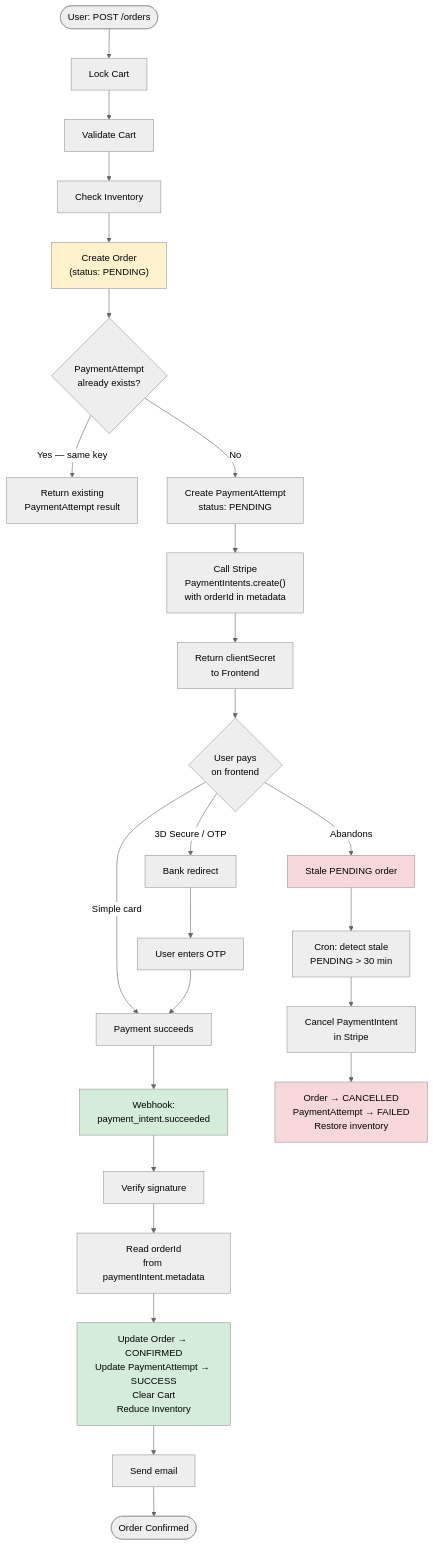
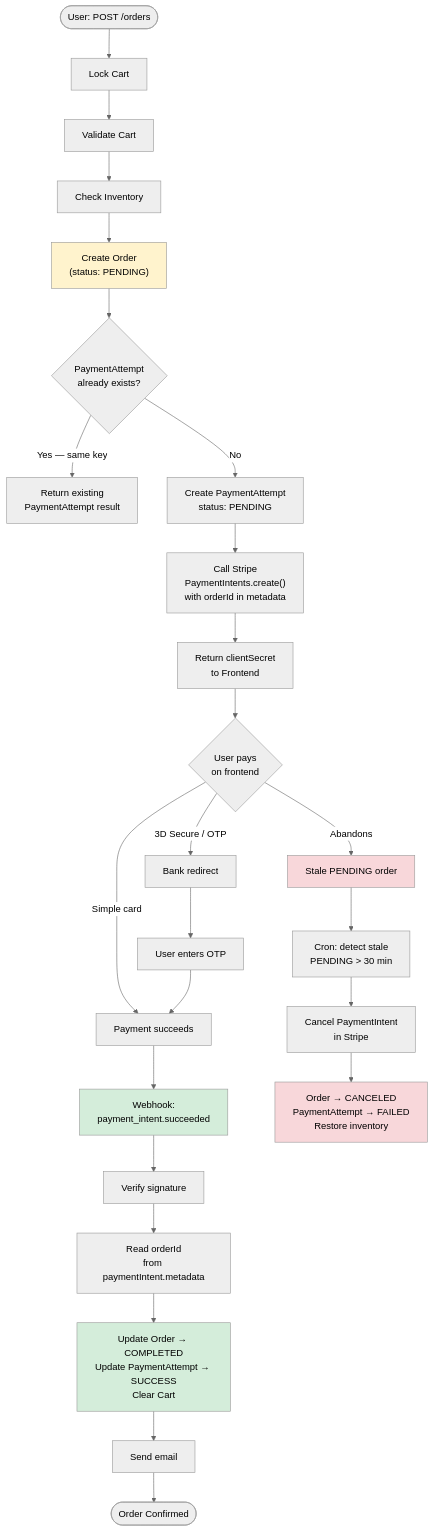
The first of 2 diagrams in docs/payment_gateway_design.md (RedaAwwad/Food-Delivery), drawn with Mermaid (neutral theme) before and after one commit. The commit also changed other lines of this file and 26 other files, not shown here.

````diff
--- a/docs/payment_gateway_design.md
+++ b/docs/payment_gateway_design.md
@@ -40,40 +40,40 @@
 ```mermaid
 flowchart TD
     Start([User: POST /orders]) --> LockCart[Lock Cart]
     LockCart --> ValidateCart[Validate Cart]
     ValidateCart --> CheckInventory[Check Inventory]
     CheckInventory --> CreateOrder["Create Order\n(status: PENDING)"]
     CreateOrder --> CheckIdempotency{PaymentAttempt\nalready exists?}
 
     CheckIdempotency -->|Yes — same key| ReturnExisting[Return existing\nPaymentAttempt result]
     CheckIdempotency -->|No| CreateAttempt[Create PaymentAttempt\nstatus: PENDING]
 
     CreateAttempt --> CallStripe["Call Stripe\nPaymentIntents.create()\nwith orderId in metadata"]
     CallStripe --> ReturnSecret[Return clientSecret\nto Frontend]
 
     ReturnSecret --> UserPays{User pays\non frontend}
     UserPays -->|Simple card| Instant[Payment succeeds]
     UserPays -->|3D Secure / OTP| Redirect[Bank redirect]
     UserPays -->|Abandons| Stale[Stale PENDING order]
 
     Redirect --> BankConfirm[User enters OTP]
     BankConfirm --> Instant
 
     Instant --> WebhookSuccess["Webhook:\npayment_intent.succeeded"]
     WebhookSuccess --> VerifySig[Verify signature]
     VerifySig --> ReadOrderId["Read orderId\nfrom paymentIntent.metadata"]
 
-    ReadOrderId --> UpdateOrder["Update Order → CONFIRMED\nUpdate PaymentAttempt → SUCCESS\nClear Cart\nReduce Inventory"]
+    ReadOrderId --> UpdateOrder["Update Order → COMPLETED\nUpdate PaymentAttempt → SUCCESS\nClear Cart"]
     UpdateOrder --> SendEmail[Send email]
     SendEmail --> Done([Order Confirmed])
 
     Stale --> CronJob["Cron: detect stale\nPENDING > 30 min"]
     CronJob --> CancelIntent[Cancel PaymentIntent\nin Stripe]
-    CancelIntent --> MarkCancelled["Order → CANCELLED\nPaymentAttempt → FAILED\nRestore inventory"]
+    CancelIntent --> MarkCancelled["Order → CANCELED\nPaymentAttempt → FAILED\nRestore inventory"]
 
     style CreateOrder fill:#fff3cd
     style WebhookSuccess fill:#d4edda
     style UpdateOrder fill:#d4edda
     style Stale fill:#f8d7da
     style MarkCancelled fill:#f8d7da
 ```
````
